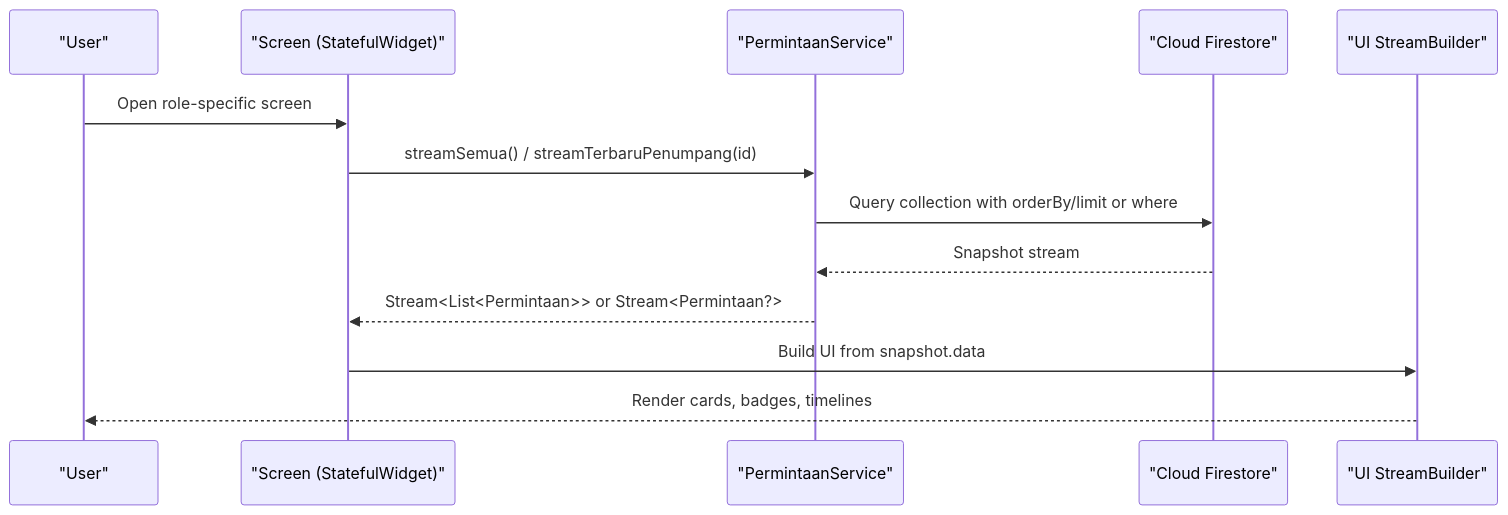
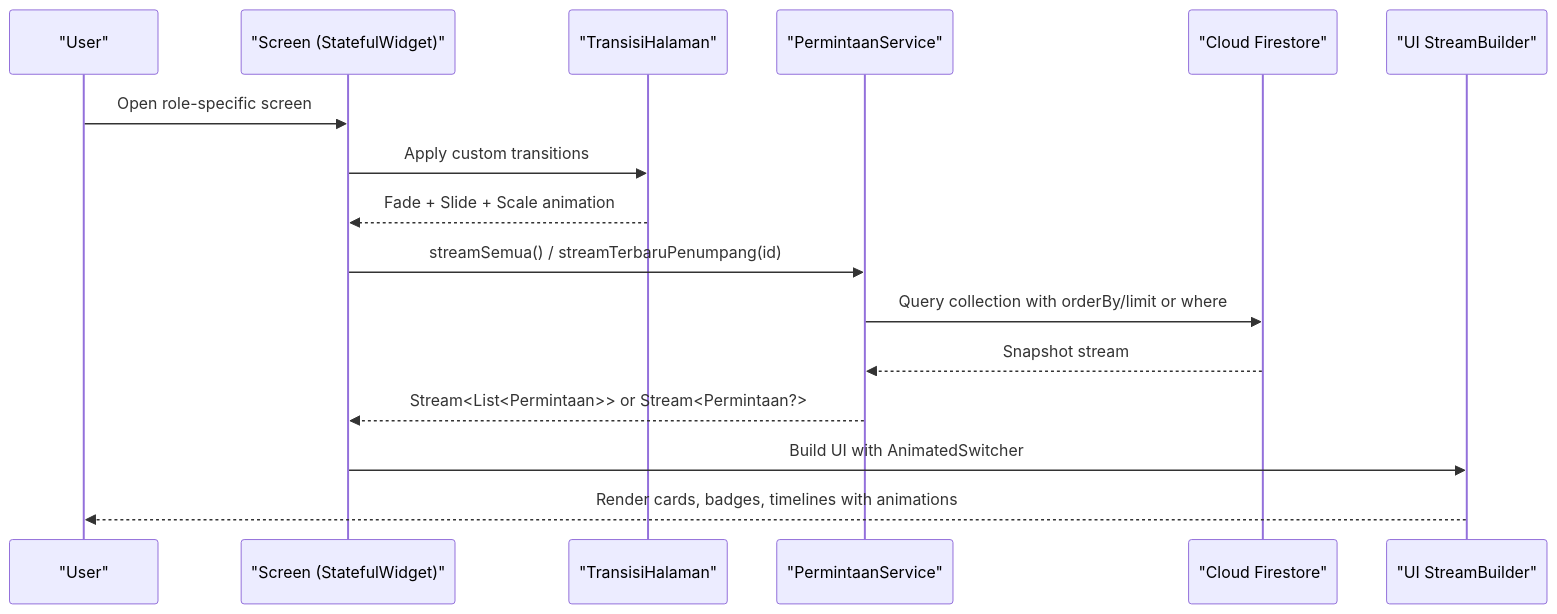
The second of 9 diagrams in .qoder/repowiki/en/content/Mobile Application/Mobile Application.md (rdsarjito/whoosh-ramah), drawn with Mermaid before and after one commit. The commit also changed other lines of this file and 68 other files, not shown here.

````diff
--- a/.qoder/repowiki/en/content/Mobile Application/Mobile Application.md
+++ b/.qoder/repowiki/en/content/Mobile Application/Mobile Application.md
@@ -135,15 +162,18 @@
 ```mermaid
 sequenceDiagram
 participant User as "User"
 participant Screen as "Screen (StatefulWidget)"
+participant Transitions as "TransisiHalaman"
 participant Service as "PermintaanService"
 participant Firestore as "Cloud Firestore"
 participant UI as "UI StreamBuilder"
 User->>Screen : Open role-specific screen
+Screen->>Transitions : Apply custom transitions
+Transitions-->>Screen : Fade + Slide + Scale animation
 Screen->>Service : streamSemua() / streamTerbaruPenumpang(id)
 Service->>Firestore : Query collection with orderBy/limit or where
 Firestore-->>Service : Snapshot stream
 Service-->>Screen : Stream<List<Permintaan>> or Stream<Permintaan?>
-Screen->>UI : Build UI from snapshot.data
-UI-->>User : Render cards, badges, timelines
+Screen->>UI : Build UI with AnimatedSwitcher
+UI-->>User : Render cards, badges, timelines with animations
 ```
````
